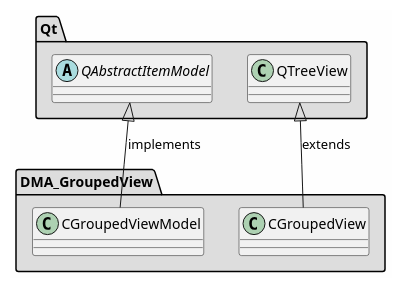
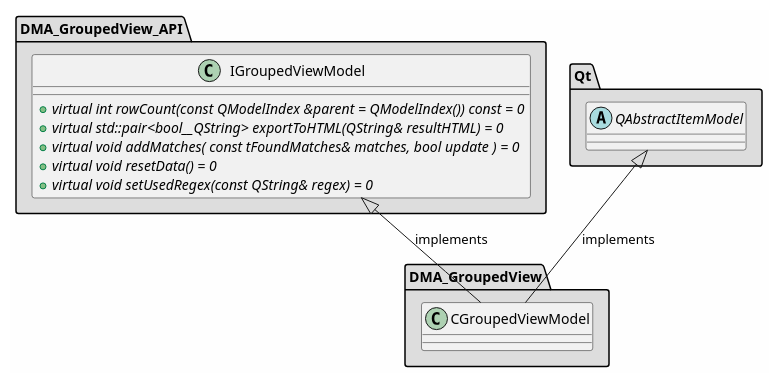
Before and after one commit to svlad-90/DLT-Message-Analyzer: the diagram in md/dev_docs/puml/DMA_GroupedView_standalone.puml, drawn with PlantUML. The commit also changed 49 other files, not shown here.

First line of the commit message:
[ISSUE #111][COMPONENTS] Introduce components architecture in the project

```diff
--- a/md/dev_docs/puml/DMA_GroupedView_standalone.puml
+++ b/md/dev_docs/puml/DMA_GroupedView_standalone.puml
@@ -2,35 +2,41 @@
 @startuml
 
 skinparam backgroundColor #FEFEFE
 skinparam wrapWidth 600
 package "DMA_GroupedView" #DDDDDD
 {
 
-class "CGroupedView"
+class "CGroupedViewModel"
 {
 }
 
-class "CGroupedViewModel"
+}
+
+package "DMA_GroupedView_API" #DDDDDD
 {
+
+class "IGroupedViewModel"
+{
+    + {abstract} virtual int rowCount(const QModelIndex &parent = QModelIndex()) const = 0
+    + {abstract} virtual std::pair<bool__QString> exportToHTML(QString& resultHTML) = 0
+    + {abstract} virtual void addMatches( const tFoundMatches& matches, bool update ) = 0
+    + {abstract} virtual void resetData() = 0
+    + {abstract} virtual void setUsedRegex(const QString& regex) = 0
 }
 
 }
 
 package "Qt" #DDDDDD
 {
 
 abstract class "QAbstractItemModel"
 {
 }
 
-class "QTreeView"
-{
-}
-
 }
 
 '====================Inheritance section====================
-QTreeView <|-- CGroupedView : extends
+IGroupedViewModel <|-- CGroupedViewModel : implements
 QAbstractItemModel <|-- CGroupedViewModel : implements
 
 @enduml
```
